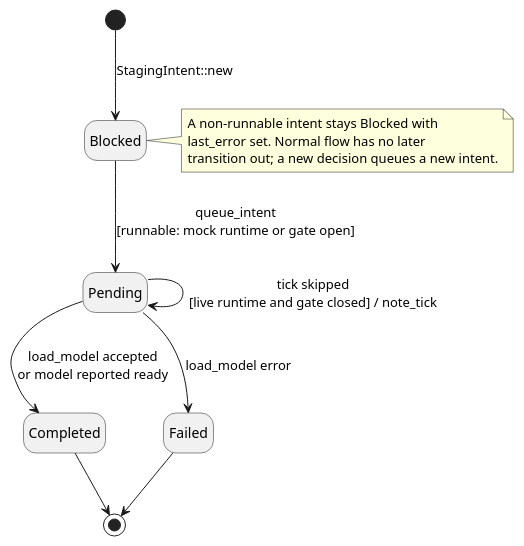
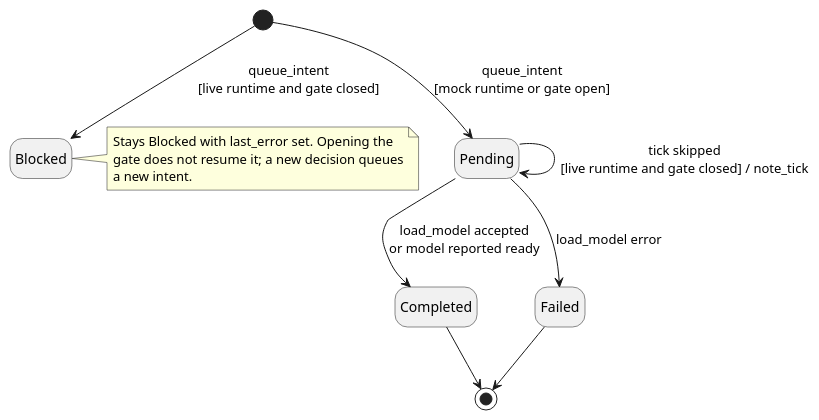
The diagram in docs/uml/15_state_staging.puml (Loose-Arrow-Labs/anemoi), drawn with PlantUML before and after one commit. The commit also changed 1 other file, not shown here.

Commit message:
docs(docs): remove unreachable staging state transition
queue_intent decides Blocked or Pending in one call, and no normal flow
moves an existing intent from Blocked to Pending.

```diff
--- a/docs/uml/15_state_staging.puml
+++ b/docs/uml/15_state_staging.puml
@@ -1,24 +1,24 @@
 @startuml 15_state_staging
 ' StagingIntent.state in anemoi-daemon. Completed and Failed are terminal.
 skinparam shadowing false
 hide empty description
 
 state "Blocked" as Blocked
 state "Pending" as Pending
 state "Completed" as Completed
 state "Failed" as Failed
 
-[*] --> Blocked : StagingIntent::new
-Blocked --> Pending : queue_intent\n[runnable: mock runtime or gate open]
+[*] --> Blocked : queue_intent\n[live runtime and gate closed]
+[*] --> Pending : queue_intent\n[mock runtime or gate open]
 Pending --> Completed : load_model accepted\nor model reported ready
 Pending --> Failed : load_model error
 Pending --> Pending : tick skipped\n[live runtime and gate closed] / note_tick
 Completed --> [*]
 Failed --> [*]
 
 note right of Blocked
-  A non-runnable intent stays Blocked with
-  last_error set. Normal flow has no later
-  transition out; a new decision queues a new intent.
+  Stays Blocked with last_error set. Opening the
+  gate does not resume it; a new decision queues
+  a new intent.
 end note
 @enduml
```
